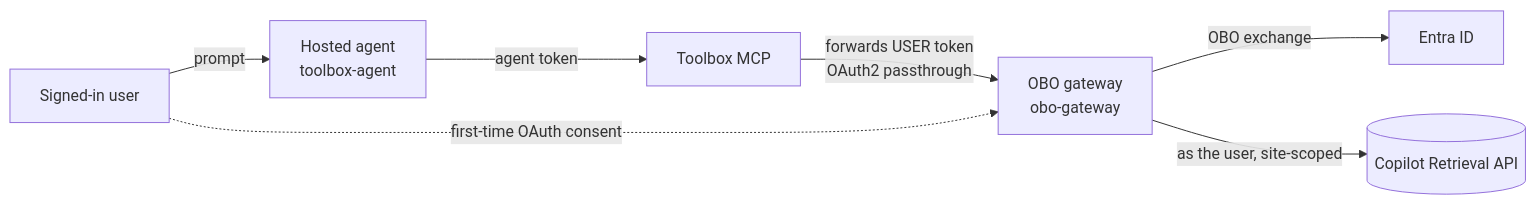
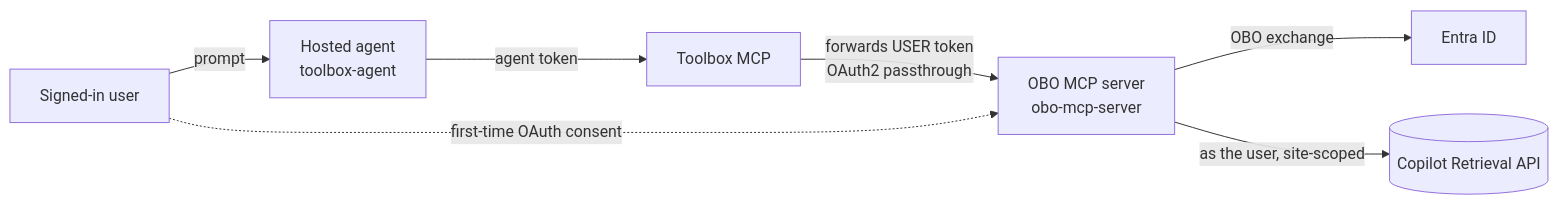
The first of 2 diagrams in deprecated/per-user-sharepoint-obo-teams-decision-matrix.md (Heenanl/Foundry_EnterpriseAgents), drawn with Mermaid before and after one commit. The commit also changed other lines of this file and 23 other files, not shown here.

First line of the commit message:
Rename the OBO gateway to obo-mcp-server and document private hosting

````diff
--- a/deprecated/per-user-sharepoint-obo-teams-decision-matrix.md
+++ b/deprecated/per-user-sharepoint-obo-teams-decision-matrix.md
@@ -30,9 +30,9 @@
 ```mermaid
 flowchart LR
     U[Signed-in user] -->|prompt| A[Hosted agent<br/>toolbox-agent]
     A -->|agent token| TB[Toolbox MCP]
-    TB -->|forwards USER token<br/>OAuth2 passthrough| GW[OBO gateway<br/>obo-gateway]
+    TB -->|forwards USER token<br/>OAuth2 passthrough| GW[OBO MCP server<br/>obo-mcp-server]
     GW -->|OBO exchange| E[Entra ID]
     GW -->|as the user, site-scoped| RET[(Copilot Retrieval API)]
     U -.->|first-time OAuth consent| GW
 ```
````
